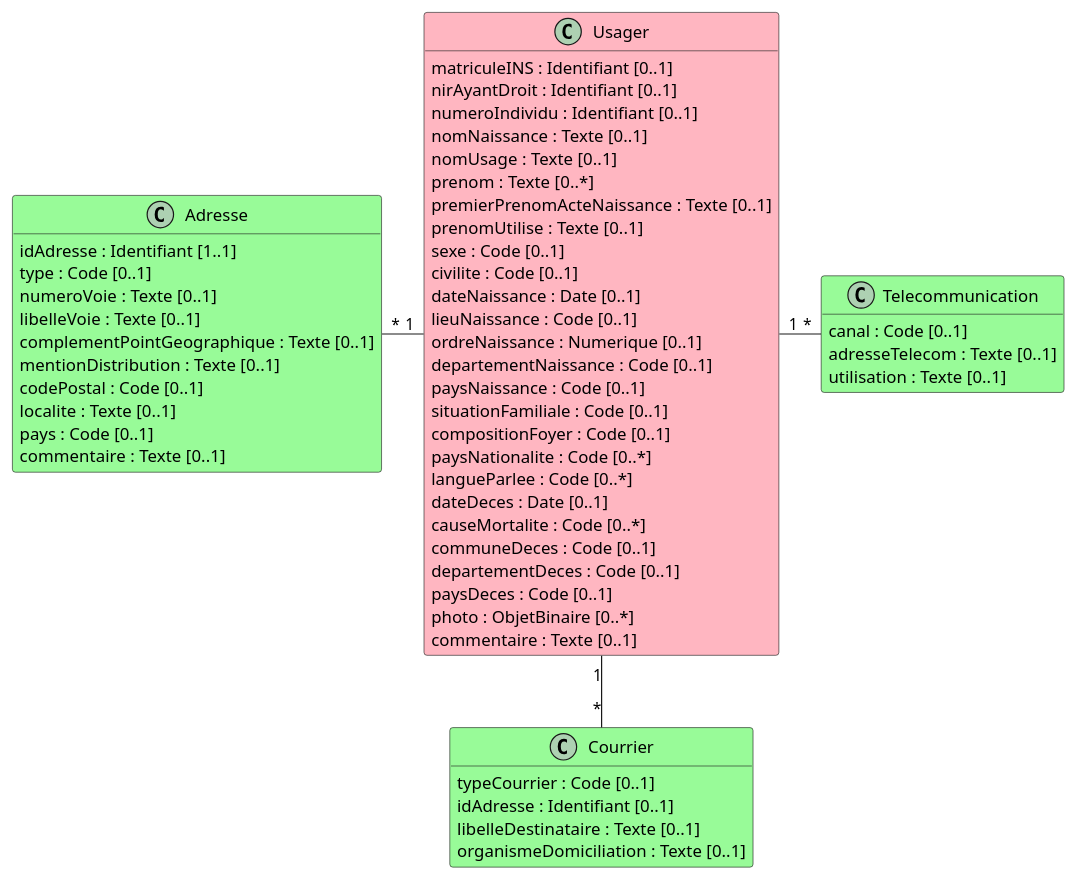
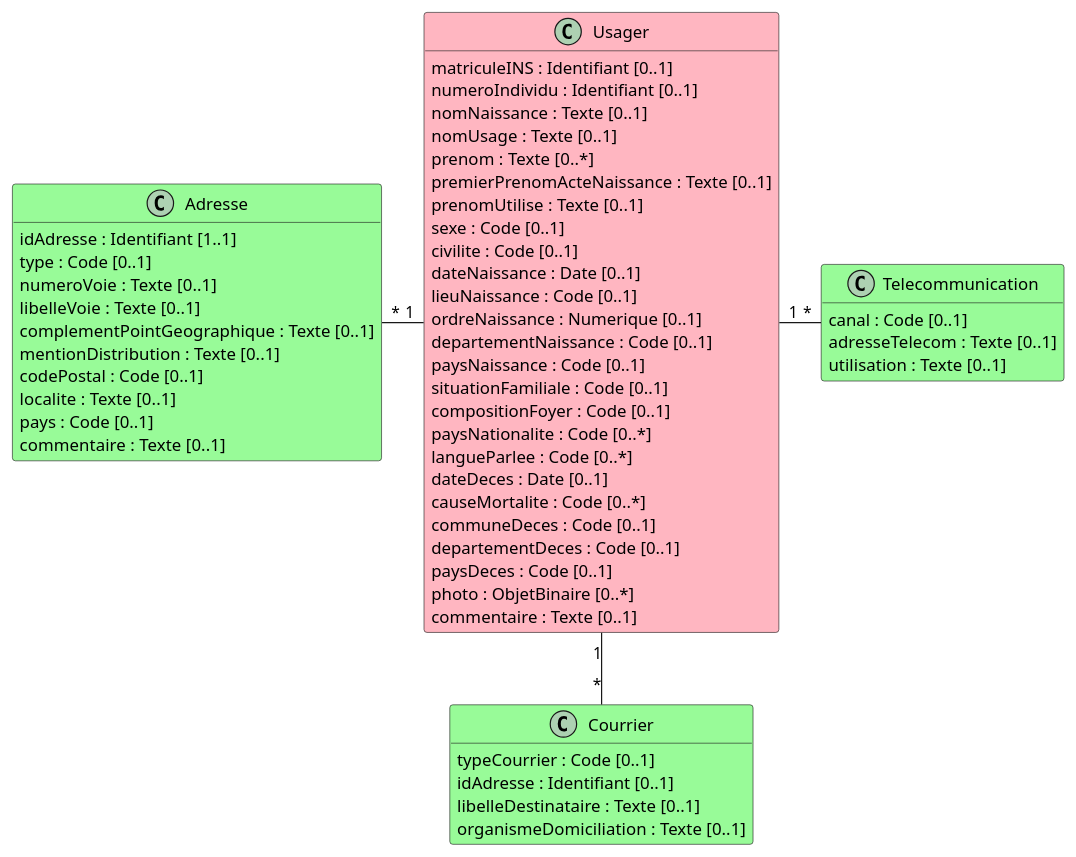
Before and after one commit to ansforge/IG-fhir-transfert-donnees-dui-esms: the diagram in input/images-source/bloc_identification_coordonnees.plantuml, drawn with PlantUML. The commit also changed 1 other file, not shown here.

Commit message:
Supprime NIR ayant droit

```diff
--- a/input/images-source/bloc_identification_coordonnees.plantuml
+++ b/input/images-source/bloc_identification_coordonnees.plantuml
@@ -1,64 +1,63 @@
 @startuml
 
 hide empty methods
 
 class Usager #LightPink {
     matriculeINS : Identifiant [0..1]
-    nirAyantDroit : Identifiant [0..1]
     numeroIndividu : Identifiant [0..1]
     nomNaissance : Texte [0..1]
     nomUsage : Texte [0..1]
     prenom : Texte [0..*]
     premierPrenomActeNaissance : Texte [0..1]
     prenomUtilise : Texte [0..1]
     sexe : Code [0..1]
     civilite : Code [0..1]
     dateNaissance : Date [0..1]
     lieuNaissance : Code [0..1]
     ordreNaissance : Numerique [0..1]
     departementNaissance : Code [0..1]
     paysNaissance : Code [0..1]
     situationFamiliale : Code [0..1]
     compositionFoyer : Code [0..1]
     paysNationalite : Code [0..*]
     langueParlee : Code [0..*]
     dateDeces : Date [0..1]
     causeMortalite : Code [0..*]
     communeDeces : Code [0..1]
     departementDeces : Code [0..1]
     paysDeces : Code [0..1]
     photo : ObjetBinaire [0..*]
     commentaire : Texte [0..1]
 }
 
 class Adresse #PaleGreen {
     idAdresse : Identifiant [1..1]
     type : Code [0..1]
     numeroVoie : Texte [0..1]
     libelleVoie : Texte [0..1]
     complementPointGeographique : Texte [0..1]
     mentionDistribution : Texte [0..1]
     codePostal : Code [0..1]
     localite : Texte [0..1]
     pays : Code [0..1]
     commentaire : Texte [0..1]
 }
 
 class Telecommunication #PaleGreen {
     canal : Code [0..1]
     adresseTelecom : Texte [0..1]
     utilisation : Texte [0..1]
 }
 
 class Courrier #PaleGreen {
     typeCourrier : Code [0..1]
     idAdresse : Identifiant [0..1]
     libelleDestinataire : Texte [0..1]
     organismeDomiciliation : Texte [0..1]
 }
 
 Adresse "*" - "1" Usager
 Usager "1" - "*" Telecommunication
 Usager "1" -- "*" Courrier
 
 @enduml
```
